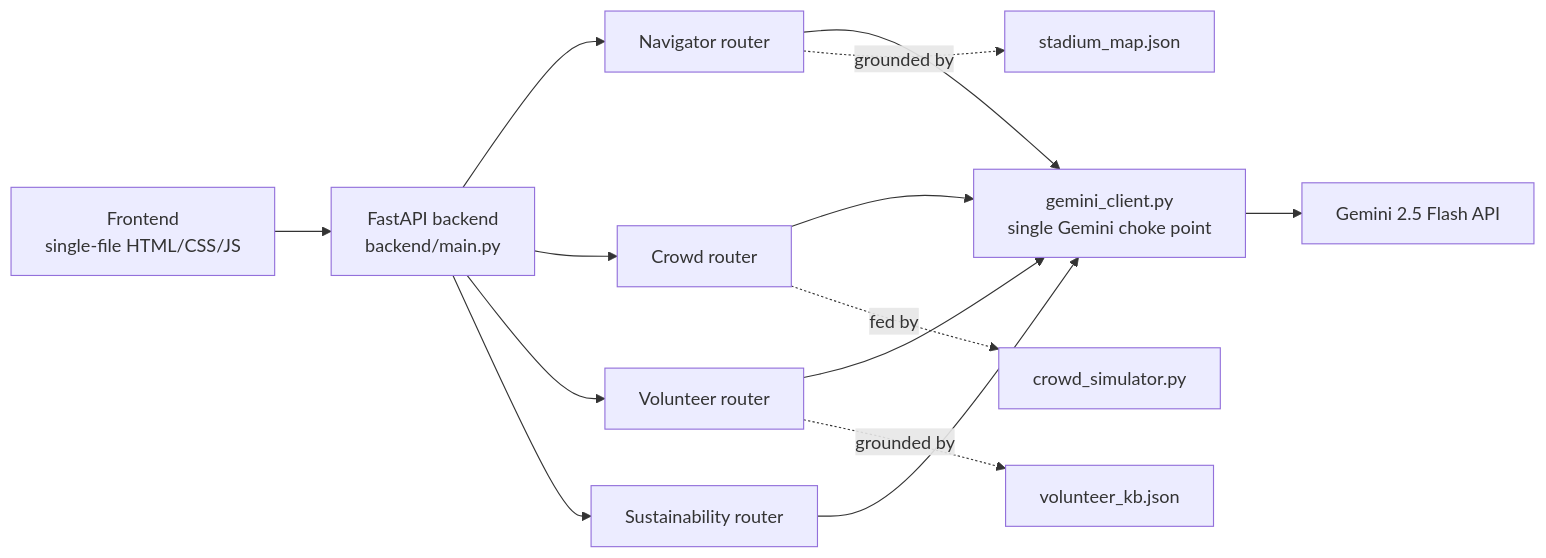
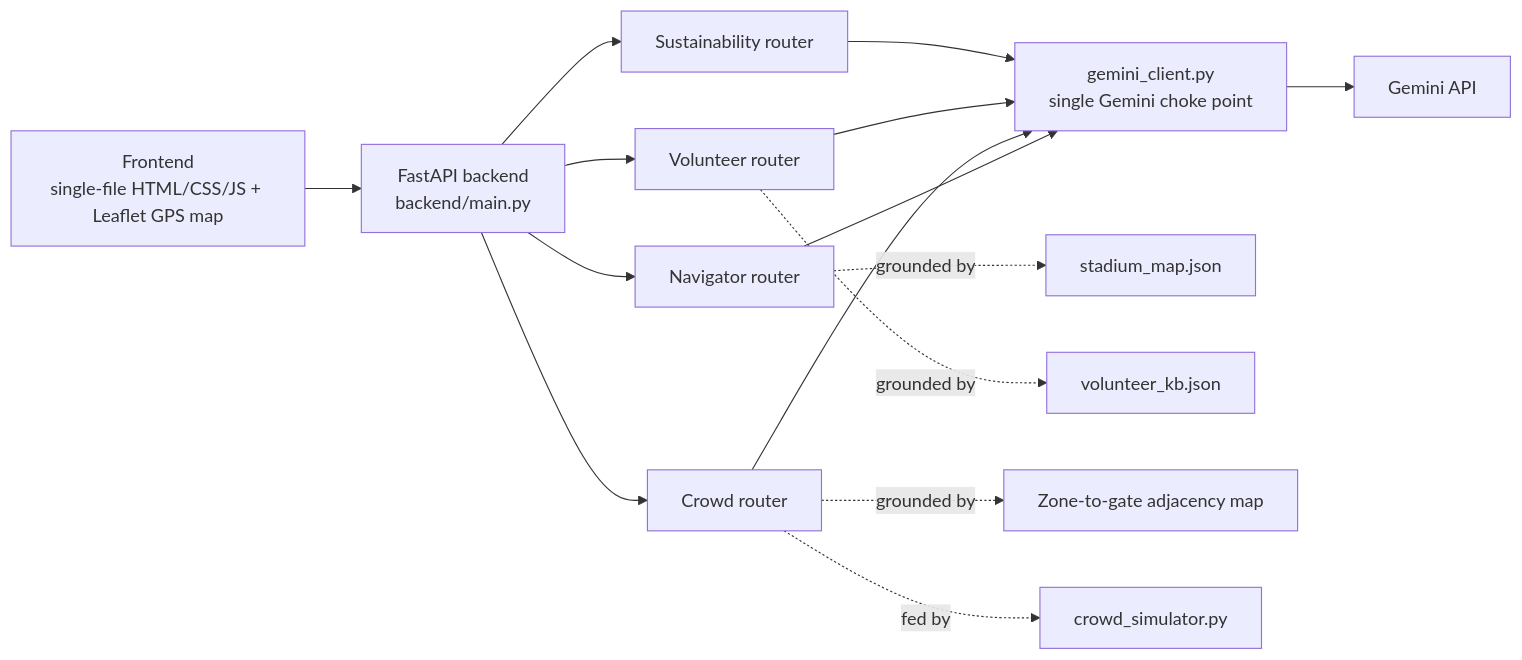
Before and after one commit to ashish-doing/StadiumIQ: the diagram in README.md, drawn with Mermaid. The commit also changed other lines of this file, not shown here.

````diff
--- a/README.md
+++ b/README.md
@@ -77,16 +77,17 @@
 ```mermaid
 flowchart LR
-    A["Frontend\nsingle-file HTML/CSS/JS"] --> B["FastAPI backend\nbackend/main.py"]
+    A["Frontend\nsingle-file HTML/CSS/JS + Leaflet GPS map"] --> B["FastAPI backend\nbackend/main.py"]
     B --> C["Navigator router"]
     B --> D["Crowd router"]
     B --> E["Volunteer router"]
     B --> F["Sustainability router"]
     C --> G["gemini_client.py\nsingle Gemini choke point"]
     D --> G
     E --> G
     F --> G
     C -.grounded by.-> H["stadium_map.json"]
     E -.grounded by.-> I["volunteer_kb.json"]
-    D -.fed by.-> J["crowd_simulator.py"]
-    G --> K["Gemini 2.5 Flash API"]
+    D -.grounded by.-> J["Zone-to-gate adjacency map"]
+    D -.fed by.-> K["crowd_simulator.py"]
+    G --> L["Gemini API"]
 ```
````
